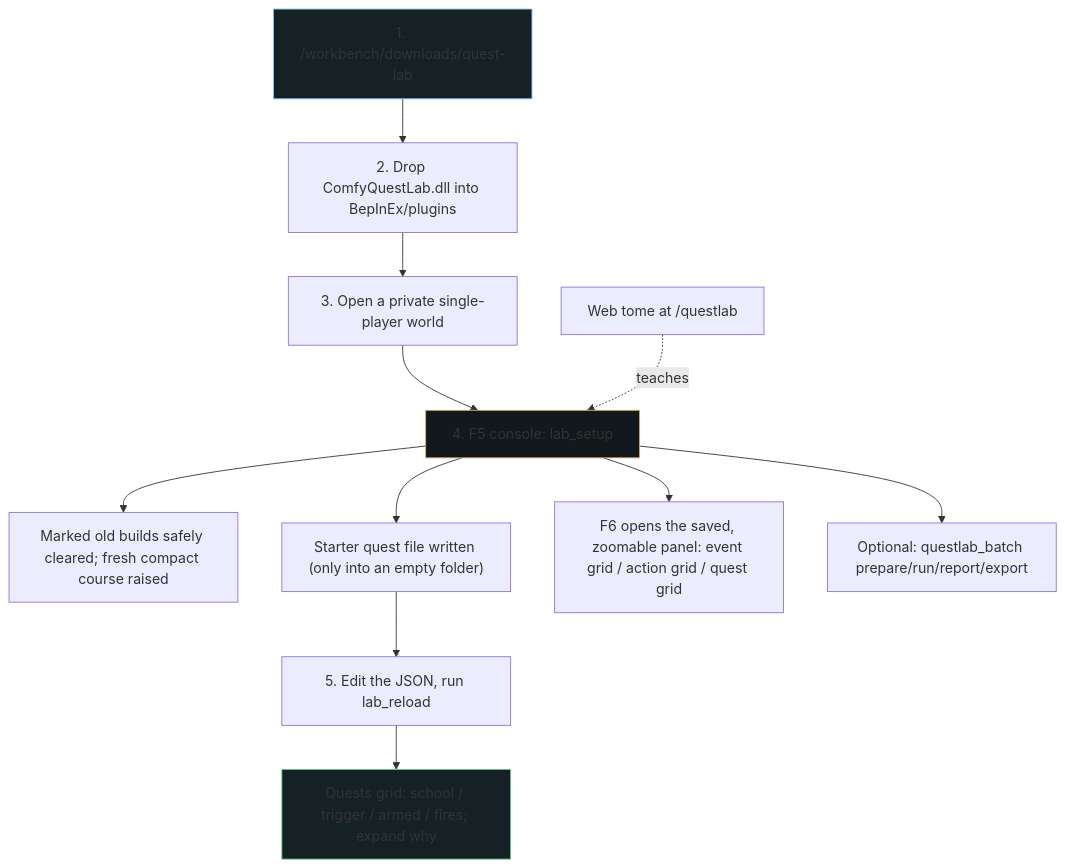
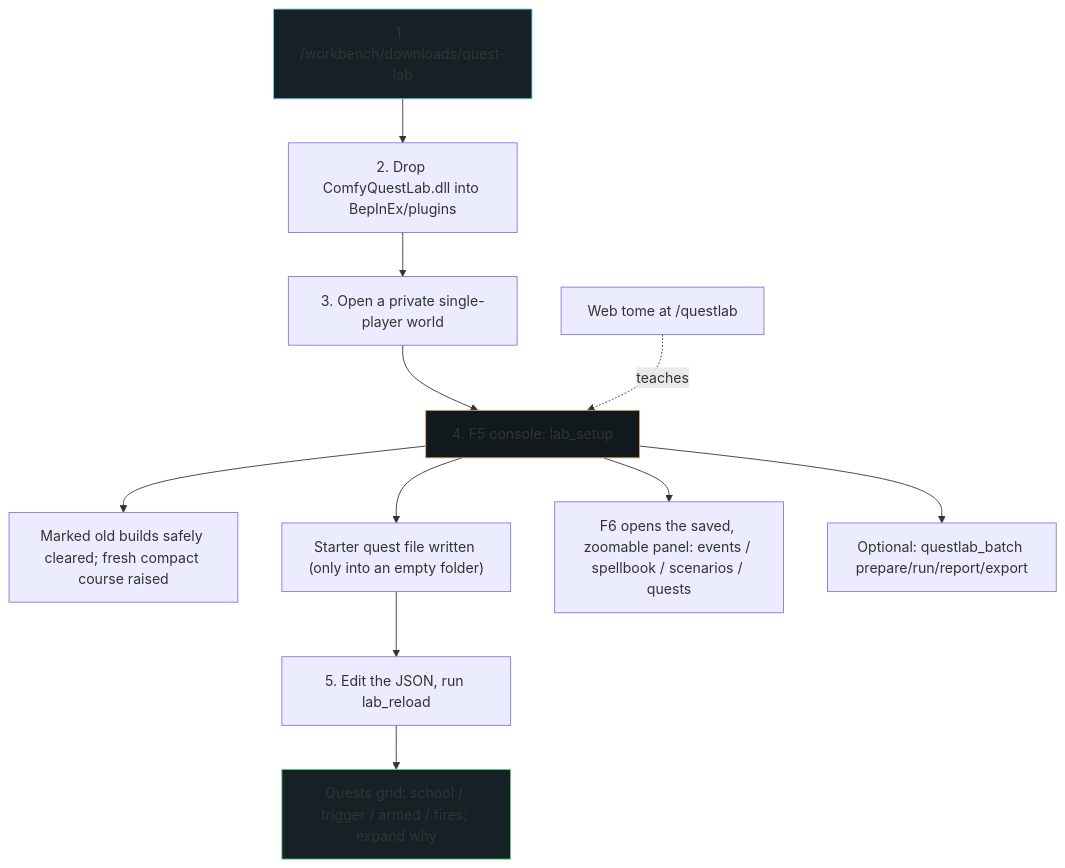
One commit to djcdevelopment/baseline changed the diagram in docs/quest-lab-turnkey-vision.md. Above: the diagram before and after it, drawn with Mermaid. The commit also changed other lines of this file and 19 other files, not shown here.

Commit message:
Quest Lab: add self-guided event scenarios

````diff
--- a/docs/quest-lab-turnkey-vision.md
+++ b/docs/quest-lab-turnkey-vision.md
@@ -29,20 +29,20 @@
 ```mermaid
 flowchart TD
     Link["1. /workbench/downloads/quest-lab"] --> Drop["2. Drop ComfyQuestLab.dll into BepInEx/plugins"]
     Drop --> Start["3. Open a private single-player world"]
     Start --> Setup["4. F5 console: lab_setup"]
 
     Setup --> Gallery["Marked old builds safely cleared; fresh compact course raised"]
     Setup --> Seed["Starter quest file written (only into an empty folder)"]
-    Setup --> Panel["F6 opens the saved, zoomable panel: event grid / action grid / quest grid"]
+    Setup --> Panel["F6 opens the saved, zoomable panel: events / spellbook / scenarios / quests"]
     Setup --> Batch["Optional: questlab_batch prepare/run/report/export"]
 
     Seed --> Edit["5. Edit the JSON, run lab_reload"]
     Edit --> Verdict["Quests grid: school / trigger / armed / fires; expand why"]
 
     Tome["Web tome at /questlab"] -.teaches.-> Setup
 
     style Link fill:#162126,stroke:#75c9f1
     style Setup fill:#11191d,stroke:#d7a86e
     style Verdict fill:#162126,stroke:#68d391
 ```
````
